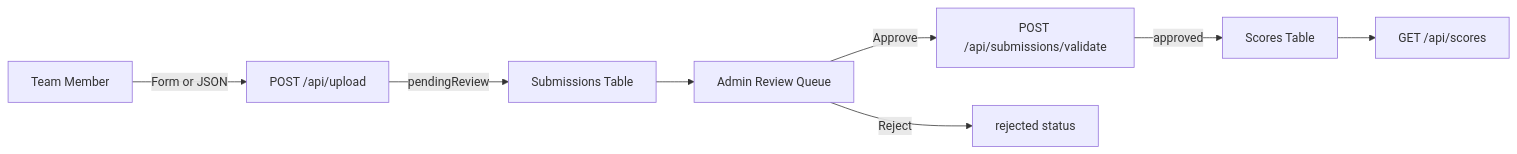
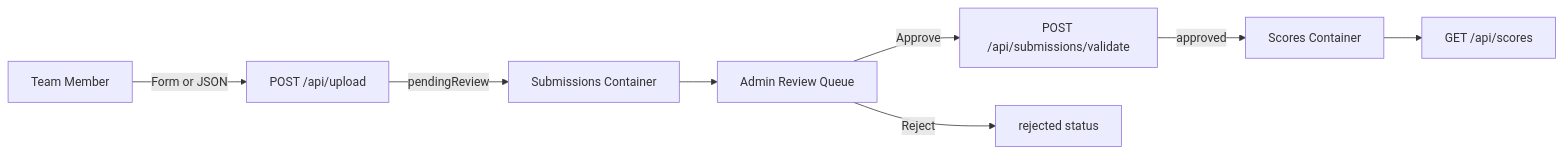
One commit to jonathan-vella/hacker-board changed the second of 2 diagrams in docs/app-design.md. Above: the diagram before and after it, drawn with Mermaid. The commit also changed other lines of this file and 54 other files, not shown here.

Commit message:
docs: sync cosmos db + entra architecture and governance notes

````diff
--- a/docs/app-design.md
+++ b/docs/app-design.md
@@ -166,10 +166,10 @@
 ```mermaid
 graph LR
     Member[Team Member] -->|Form or JSON| Upload[POST /api/upload]
-    Upload -->|pendingReview| Queue[Submissions Table]
+    Upload -->|pendingReview| Queue[Submissions Container]
     Queue --> Review[Admin Review Queue]
     Review -->|Approve| Validate[POST /api/submissions/validate]
-    Validate -->|approved| Scores[Scores Table]
+    Validate -->|approved| Scores[Scores Container]
     Scores --> Leaderboard[GET /api/scores]
     Review -->|Reject| Rejected[rejected status]
 ```
````
